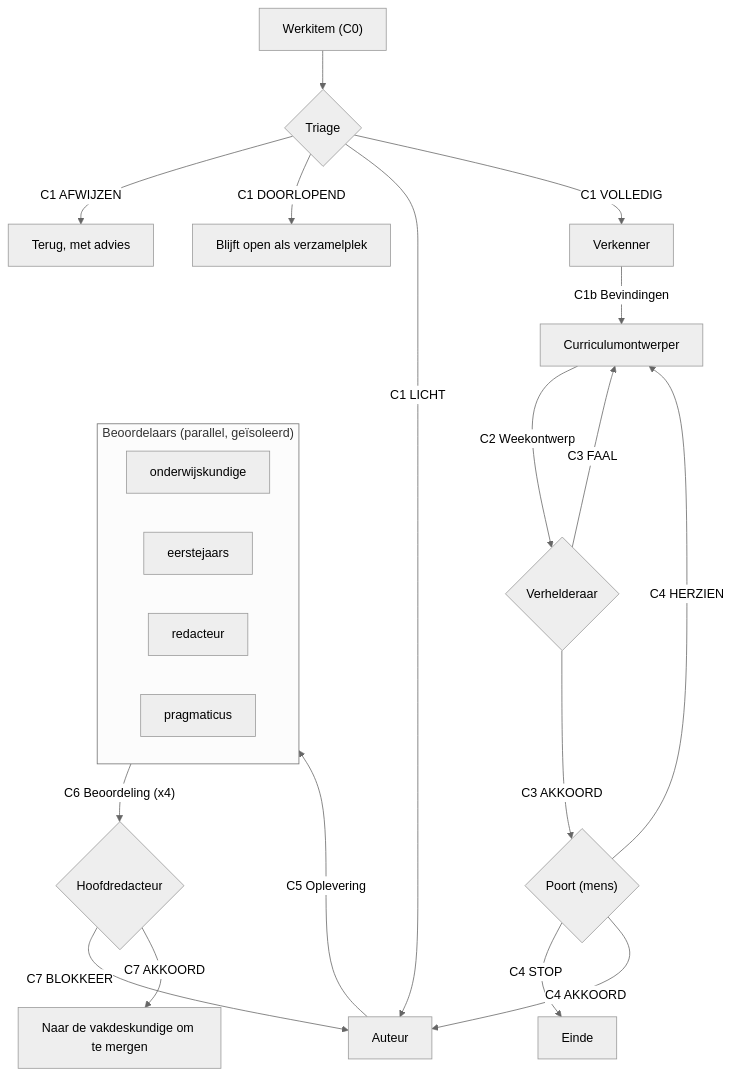
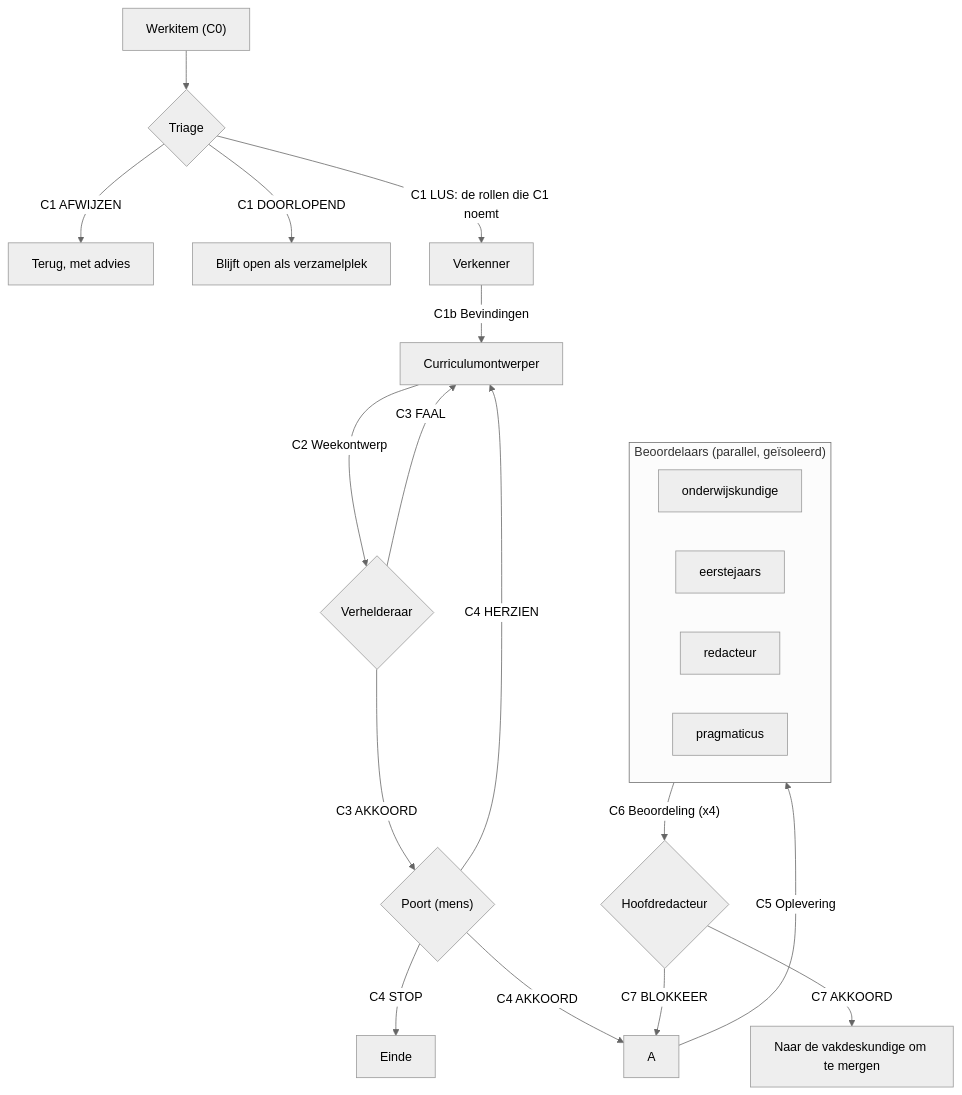
Before and after one commit to hanze-hbo-ict/programmeren: the diagram in .claude/agent-role-loop/core/loop.md, drawn with Mermaid (neutral theme). The commit also changed other lines of this file and 3 other files, not shown here.

````diff
--- a/.claude/agent-role-loop/core/loop.md
+++ b/.claude/agent-role-loop/core/loop.md
@@ -14,26 +14,25 @@
 ```mermaid
 flowchart TD
     W["Werkitem (C0)"] --> T{Triage}
     T -->|"C1 AFWIJZEN"| Req["Terug, met advies"]
     T -->|"C1 DOORLOPEND"| D["Blijft open als verzamelplek"]
-    T -->|"C1 LICHT"| A["Auteur"]
-    T -->|"C1 VOLLEDIG"| V["Verkenner"]
+    T -->|"C1 LUS: de rollen die C1 noemt"| V["Verkenner"]
     V -->|"C1b Bevindingen"| O["Curriculumontwerper"]
     O -->|"C2 Weekontwerp"| C{Verhelderaar}
     C -->|"C3 FAAL"| O
     C -->|"C3 AKKOORD"| G{"Poort (mens)"}
     G -->|"C4 HERZIEN"| O
     G -->|"C4 STOP"| E1["Einde"]
     G -->|"C4 AKKOORD"| A
     A -->|"C5 Oplevering"| B
     subgraph B["Beoordelaars (parallel, geïsoleerd)"]
         direction LR
         B1["onderwijskundige"]
         B2["eerstejaars"]
         B3["redacteur"]
         B4["pragmaticus"]
     end
     B -->|"C6 Beoordeling (x4)"| H{Hoofdredacteur}
     H -->|"C7 BLOKKEER"| A
     H -->|"C7 AKKOORD"| E2["Naar de vakdeskundige om te mergen"]
 ```
````
